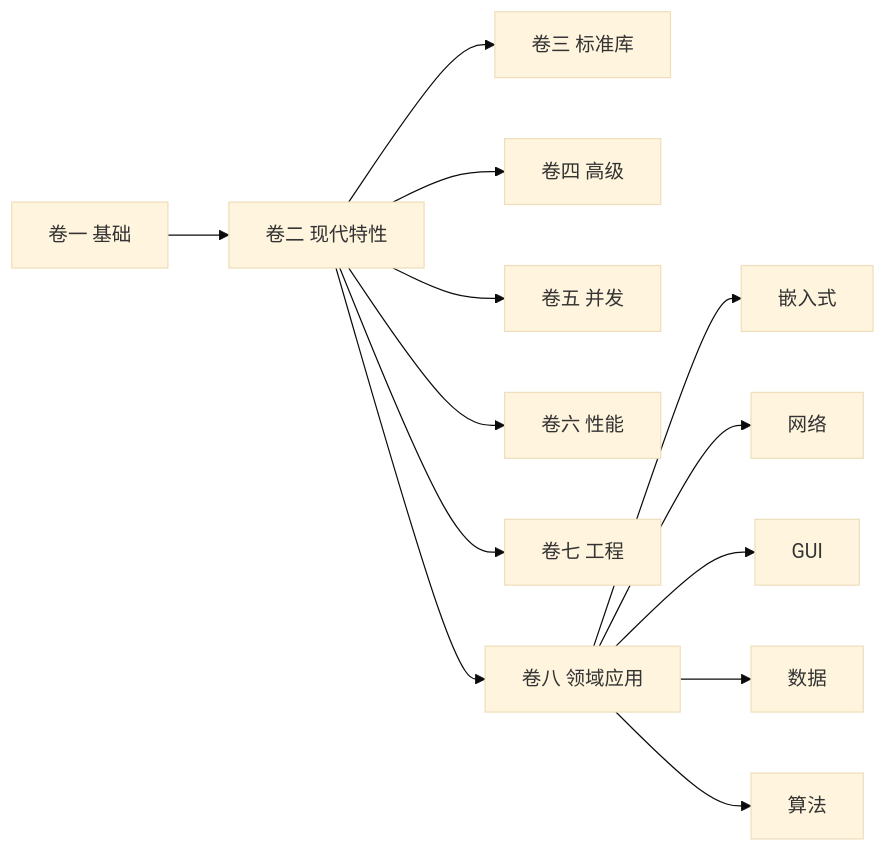
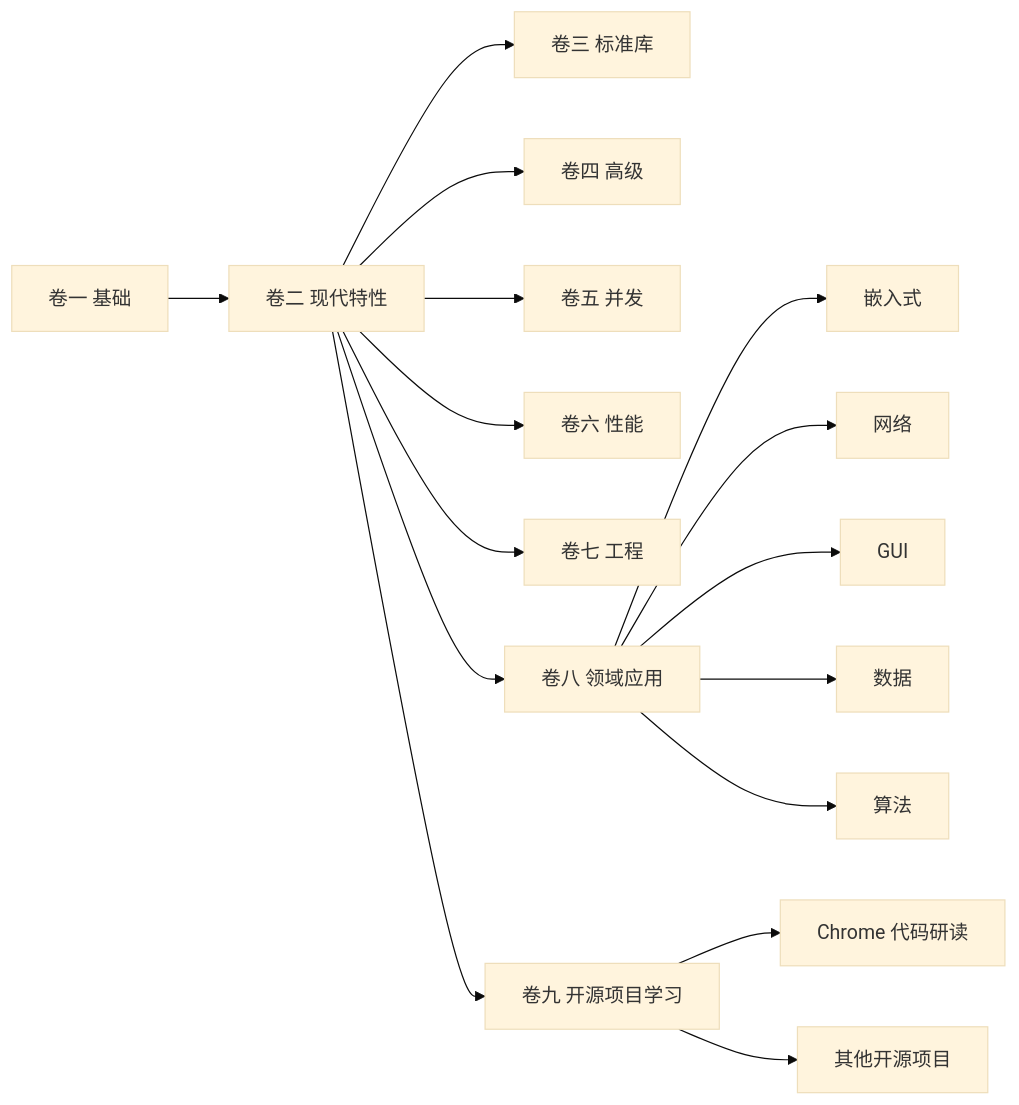
Before and after one commit to Awesome-Embedded-Learning-Studio/Tutorial_AwesomeModernCPP: the first of 2 diagrams in README.md, drawn with Mermaid (base theme). The commit also changed other lines of this file and 41 other files, not shown here.

````diff
--- a/README.md
+++ b/README.md
@@ -29,7 +29,9 @@
 ```mermaid
 graph LR
     V1["卷一 基础"] --> V2["卷二 现代特性"]
     V2 --> V3["卷三 标准库"] & V4["卷四 高级"] & V5["卷五 并发"] & V6["卷六 性能"] & V7["卷七 工程"]
     V2 --> V8["卷八 领域应用"]
     V8 --> E["嵌入式"] & N["网络"] & G["GUI"] & D["数据"] & A["算法"]
+    V2 --> V9["卷九 开源项目学习"]
+    V9 --> OC["Chrome 代码研读"] & OS["其他开源项目"]
 ```
````
